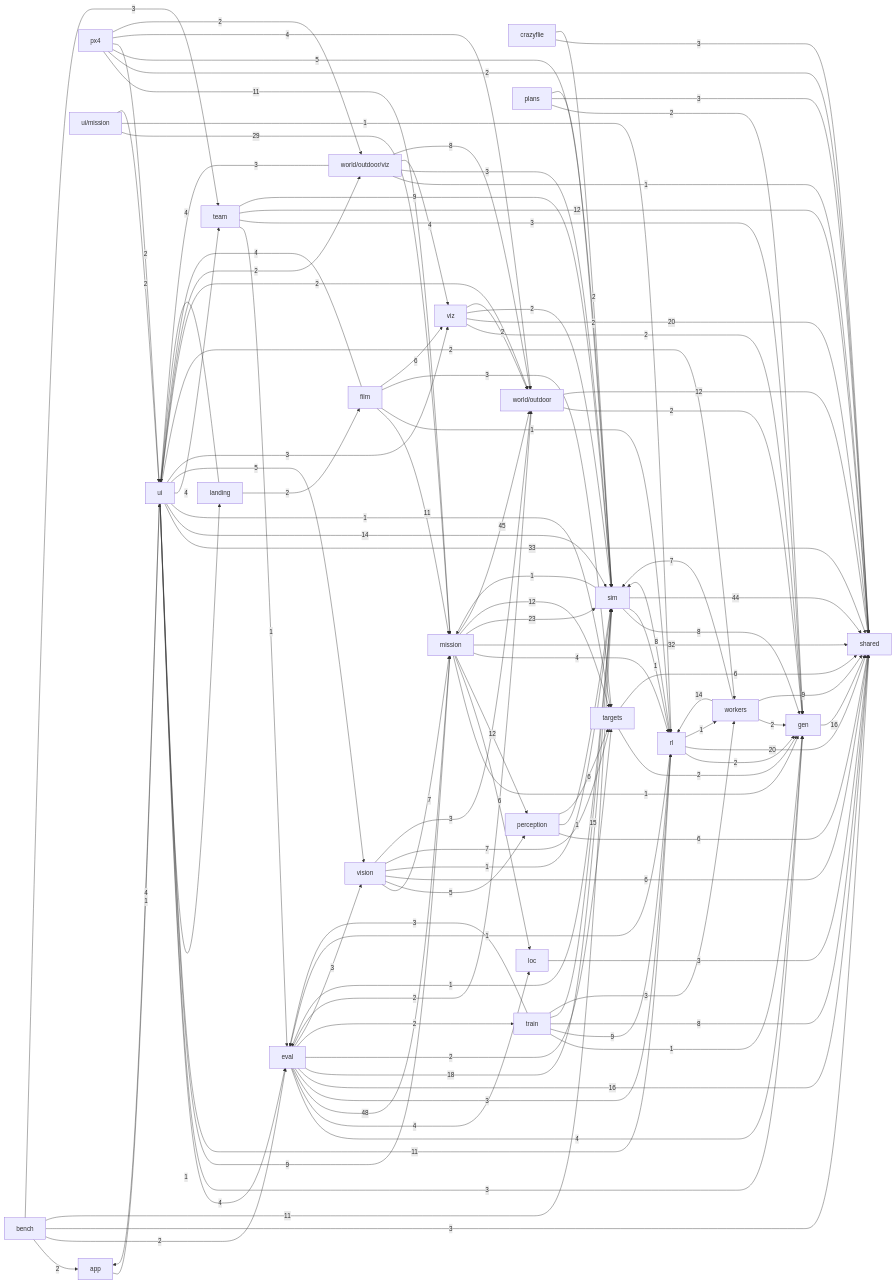
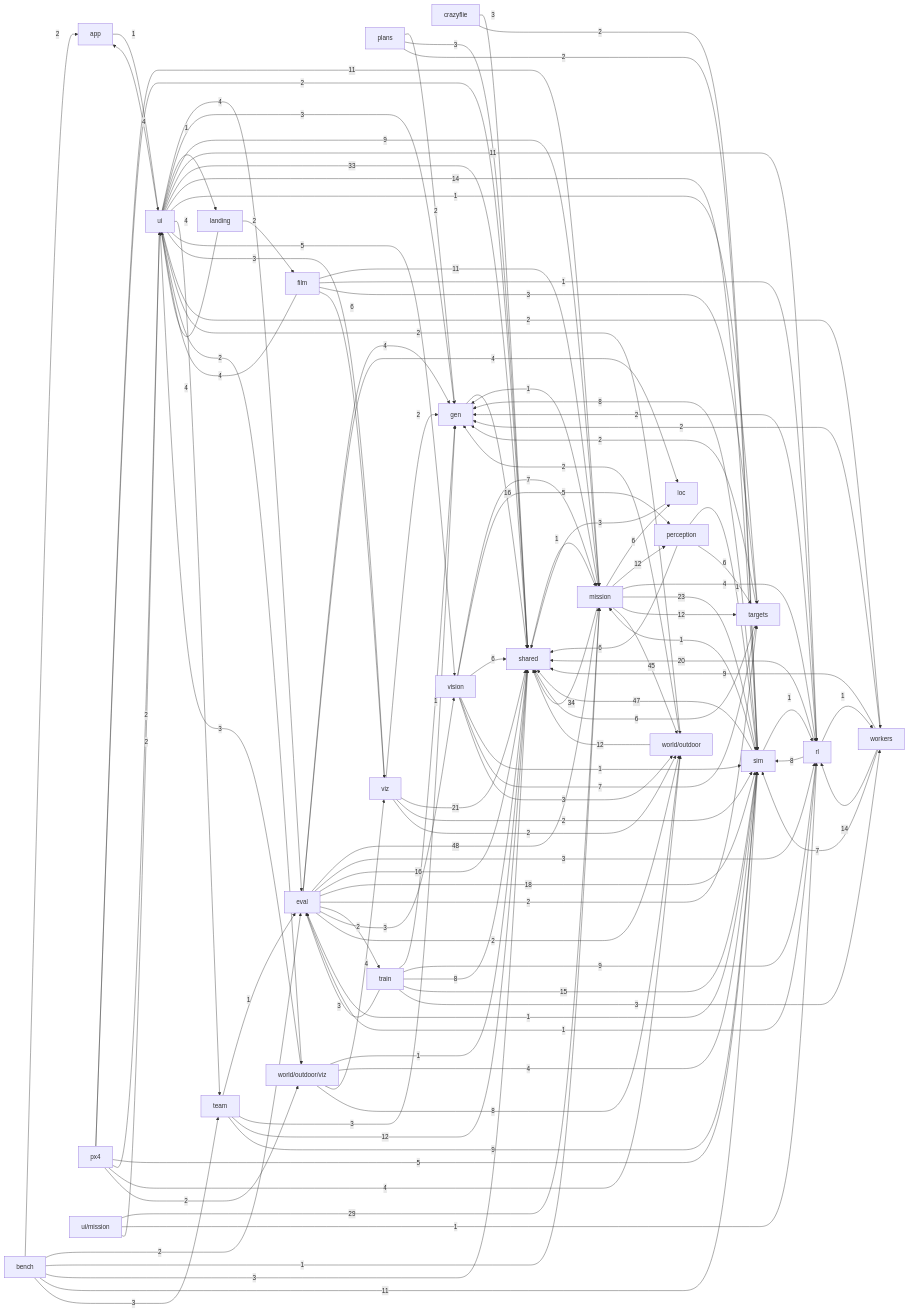
One commit to alexnieves-cs/frontier-fly changed the second of 2 diagrams in docs/ARCHITECTURE.md. Above: the diagram before and after it, drawn with Mermaid. The commit also changed other lines of this file, not shown here.

First line of the commit message:
Regenerate ARCHITECTURE.md line counts

```diff
--- a/docs/ARCHITECTURE.md
+++ b/docs/ARCHITECTURE.md
@@ -106,6 +106,7 @@
   app -->|1| ui
   bench -->|2| app
   bench -->|2| eval
+  bench -->|1| mission
   bench -->|3| shared
   bench -->|11| sim
   bench -->|3| team
@@ -134,7 +135,7 @@
   mission -->|6| loc
   mission -->|12| perception
   mission -->|4| rl
-  mission -->|32| shared
+  mission -->|34| shared
   mission -->|23| sim
   mission -->|12| targets
   mission -->|45| world_outdoor
@@ -155,11 +156,12 @@
   rl -->|20| shared
   rl -->|8| sim
   rl -->|1| workers
+  shared -->|1| mission
   sim -->|1| eval
   sim -->|8| gen
   sim -->|1| mission
   sim -->|1| rl
-  sim -->|44| shared
+  sim -->|47| shared
   targets -->|2| gen
   targets -->|6| shared
   team -->|1| eval
@@ -197,7 +199,7 @@
   vision -->|7| targets
   vision -->|3| world_outdoor
   viz -->|2| gen
-  viz -->|20| shared
+  viz -->|21| shared
   viz -->|2| sim
   viz -->|2| world_outdoor
   workers -->|2| gen
@@ -205,7 +207,7 @@
   workers -->|9| shared
   workers -->|7| sim
   world_outdoor_viz -->|1| shared
-  world_outdoor_viz -->|3| sim
+  world_outdoor_viz -->|4| sim
   world_outdoor_viz -->|3| ui
   world_outdoor_viz -->|4| viz
   world_outdoor_viz -->|8| world_outdoor
```
